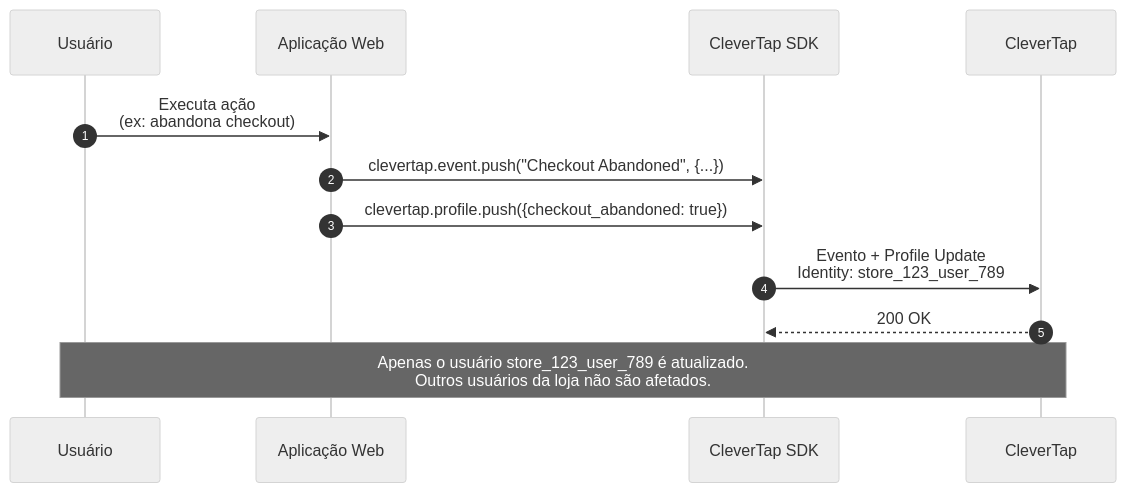
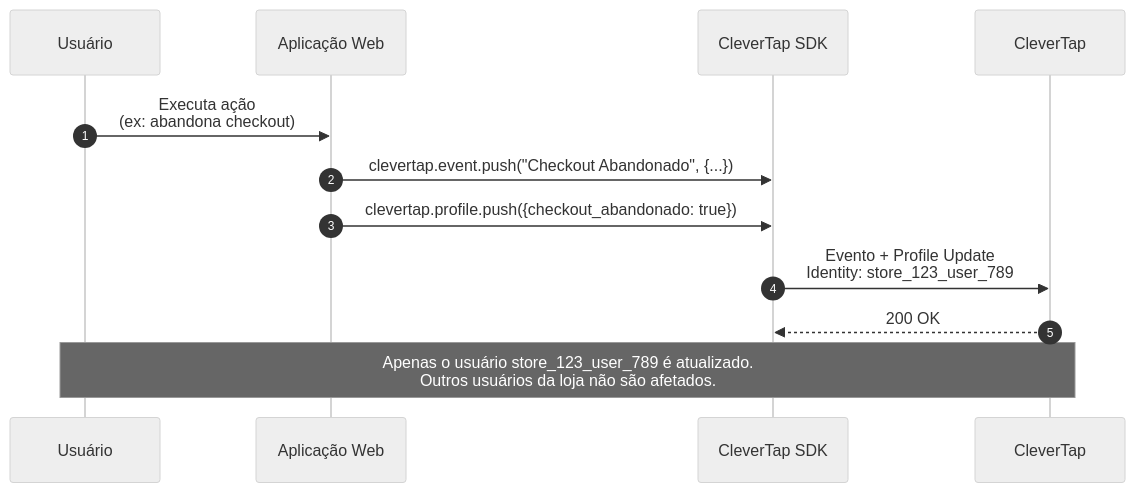
The second of 6 diagrams in Loja integrada/docs/06_user_identity_sync_flow.md (rodrigo-missagia/loja-integrada-docs), drawn with Mermaid (neutral theme) before and after one commit. The commit also changed other lines of this file and 5 other files, not shown here.

````diff
--- a/Loja integrada/docs/06_user_identity_sync_flow.md
+++ b/Loja integrada/docs/06_user_identity_sync_flow.md
@@ -65,16 +65,16 @@
 ```mermaid
 sequenceDiagram
     autonumber
     participant User as Usuário
     participant App as Aplicação Web
     participant SDK as CleverTap SDK
     participant CT as CleverTap
 
     User->>App: Executa ação<br/>(ex: abandona checkout)
-    App->>SDK: clevertap.event.push("Checkout Abandoned", {...})
-    App->>SDK: clevertap.profile.push({checkout_abandoned: true})
+    App->>SDK: clevertap.event.push("Checkout Abandonado", {...})
+    App->>SDK: clevertap.profile.push({checkout_abandonado: true})
     SDK->>CT: Evento + Profile Update<br/>Identity: store_123_user_789
     CT-->>SDK: 200 OK
 
     Note over User,CT: Apenas o usuário store_123_user_789 é atualizado.<br/>Outros usuários da loja não são afetados.
 ```
````
